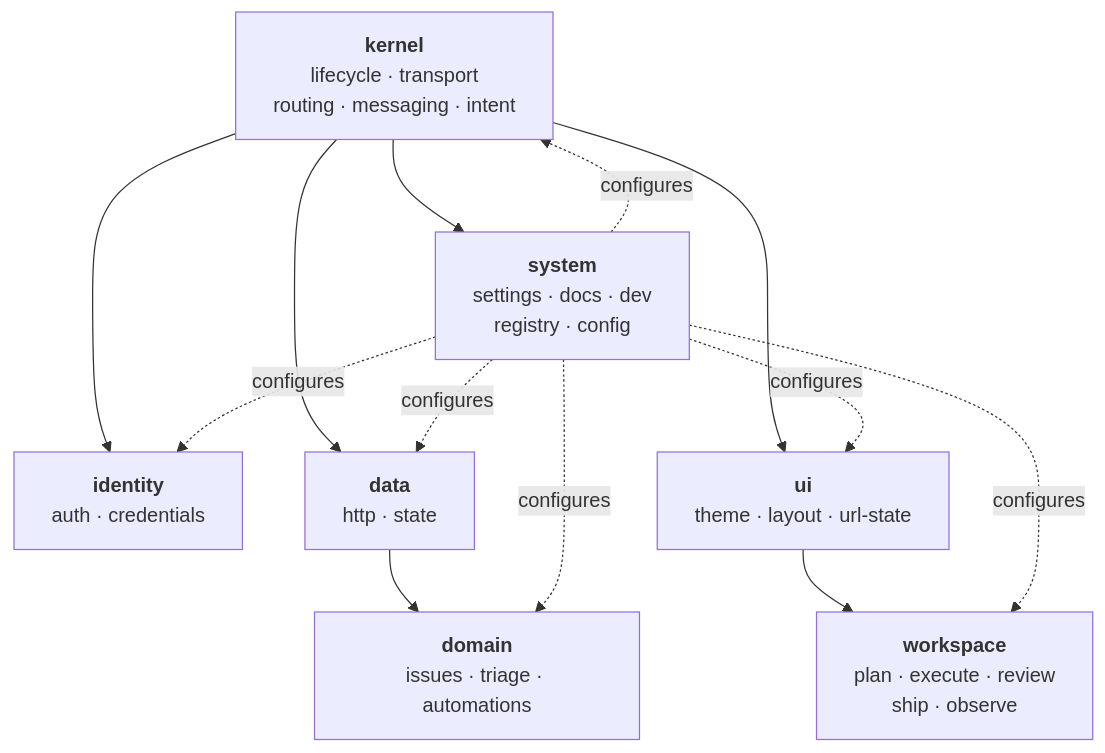
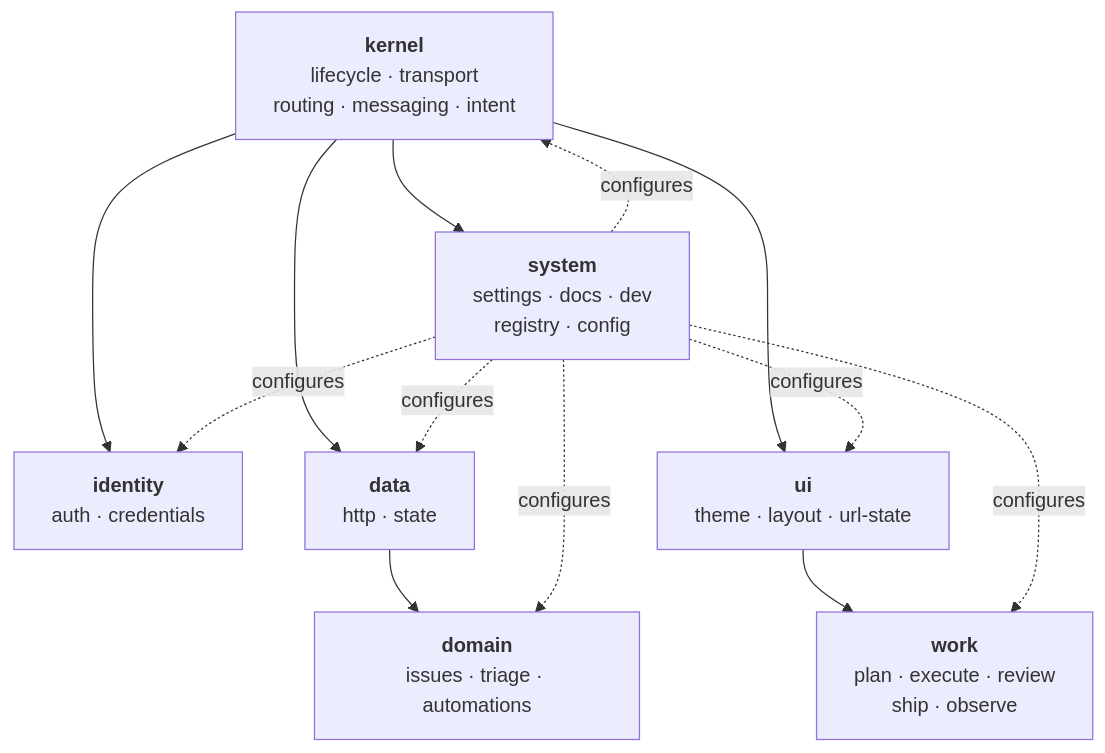
Before and after one commit to thealbertyang/work-vscode: the first of 6 diagrams in .claude/docs/app-matrix.md, drawn with Mermaid. The commit also changed other lines of this file and 14 other files, not shown here.

````diff
--- a/.claude/docs/app-matrix.md
+++ b/.claude/docs/app-matrix.md
@@ -14,15 +14,15 @@
 ```mermaid
 graph TB
   K["<b>kernel</b><br/>lifecycle · transport<br/>routing · messaging · intent"]
   I["<b>identity</b><br/>auth · credentials"]
   D["<b>data</b><br/>http · state"]
   DOM["<b>domain</b><br/>issues · triage · automations"]
   UI["<b>ui</b><br/>theme · layout · url-state"]
-  W["<b>workspace</b><br/>plan · execute · review<br/>ship · observe"]
+  W["<b>work</b><br/>plan · execute · review<br/>ship · observe"]
   S["<b>system</b><br/>settings · docs · dev<br/>registry · config"]
 
   K --> I & D & UI & S
   D --> DOM
   UI --> W
   S -.->|configures| K & I & D & DOM & UI & W
 ```
````
